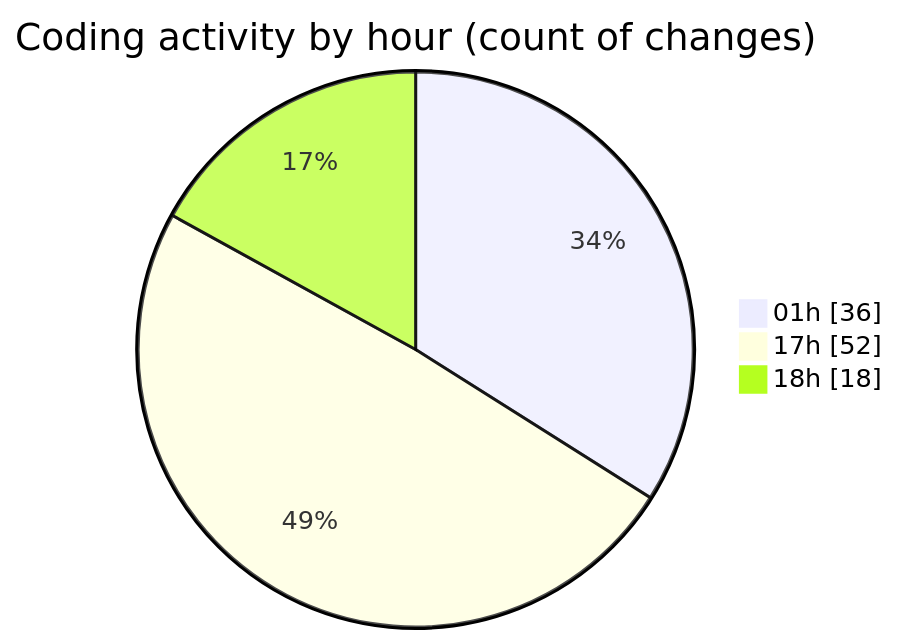
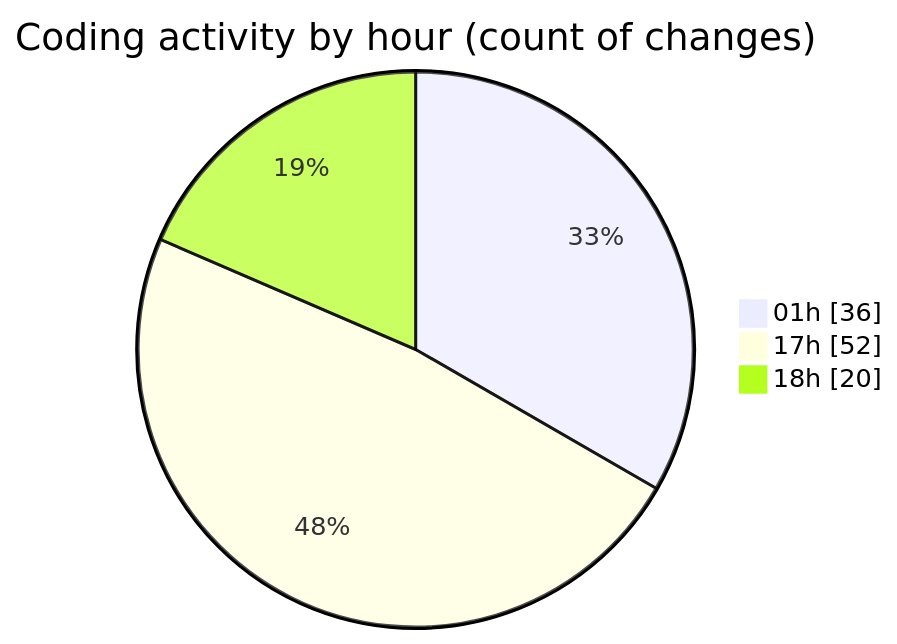
The second of 2 diagrams in 2025-07-29/appproject/README.md (lephambinh05/code-tracking), drawn with Mermaid before and after one commit. The commit also changed other lines of this file and 1 other file, not shown here.

````diff
--- a/2025-07-29/appproject/README.md
+++ b/2025-07-29/appproject/README.md
@@ -78,7 +79,7 @@
 ```mermaid
 pie showData
 title Coding activity by hour (count of changes)
 "01h" : 36
 "17h" : 52
-"18h" : 18
+"18h" : 20
 ```
````
